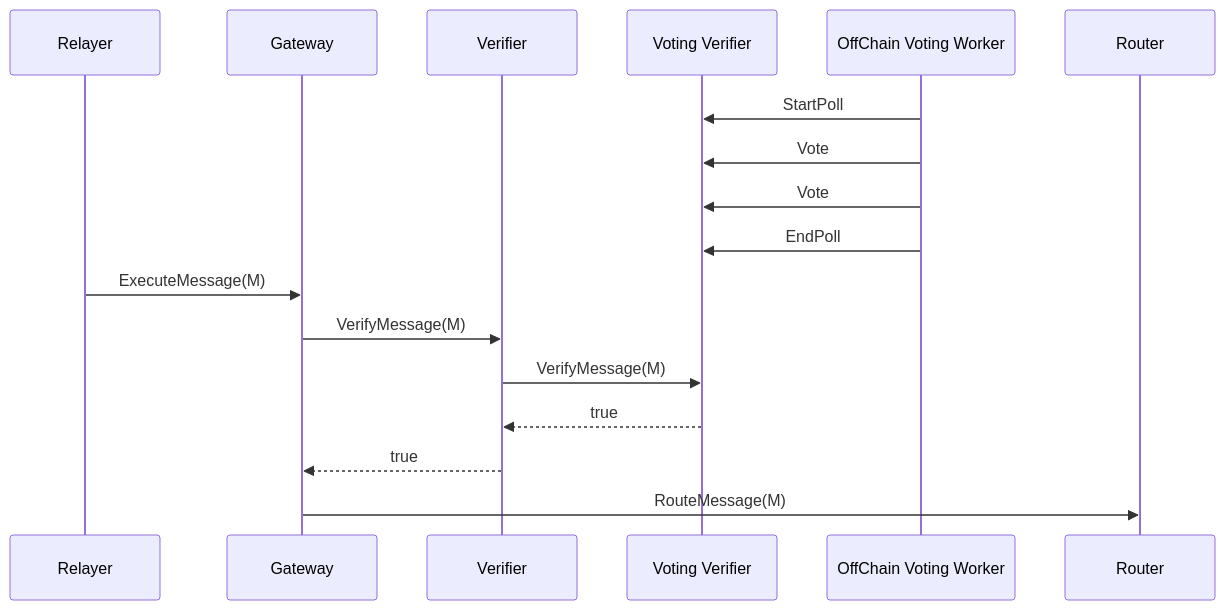
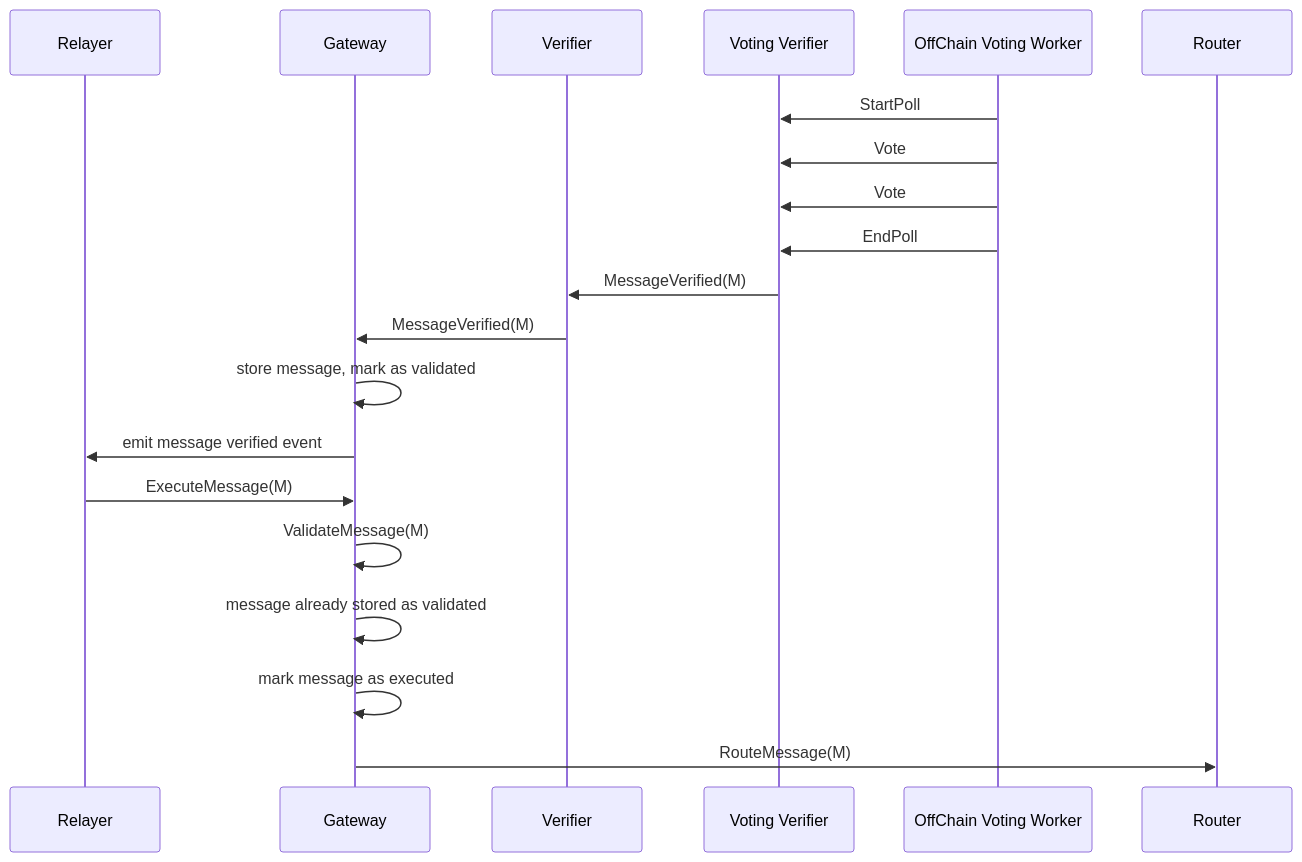
Before and after one commit to axelarnetwork/axelar-amplifier: the fifth of 18 diagrams in README.md, drawn with Mermaid. The commit also changed other lines of this file, not shown here.

````diff
--- a/README.md
+++ b/README.md
@@ -178,21 +160,25 @@
 ```mermaid
 sequenceDiagram
     participant Relayer
     participant Gateway
     participant Verifier
     participant Voting Verifier
     participant OffChain Voting Worker
     participant Router
 
     OffChain Voting Worker->>Voting Verifier: StartPoll
     OffChain Voting Worker->>Voting Verifier: Vote
     OffChain Voting Worker->>Voting Verifier: Vote
     OffChain Voting Worker->>Voting Verifier: EndPoll
 
+    Voting Verifier->>Verifier: MessageVerified(M)
+    Verifier->>Gateway: MessageVerified(M)
+    Gateway->>Gateway: store message, mark as validated
+    Gateway->>Relayer: emit message verified event
+
     Relayer->>Gateway: ExecuteMessage(M)
-    Gateway->>Verifier: VerifyMessage(M)
-    Verifier->>Voting Verifier: VerifyMessage(M)
-    Voting Verifier-->>Verifier: true
-    Verifier-->>Gateway: true
+    Gateway->>Gateway: ValidateMessage(M)
+    Gateway->>Gateway: message already stored as validated
+    Gateway->>Gateway: mark message as executed
     Gateway->>Router: RouteMessage(M)
 ```
````
